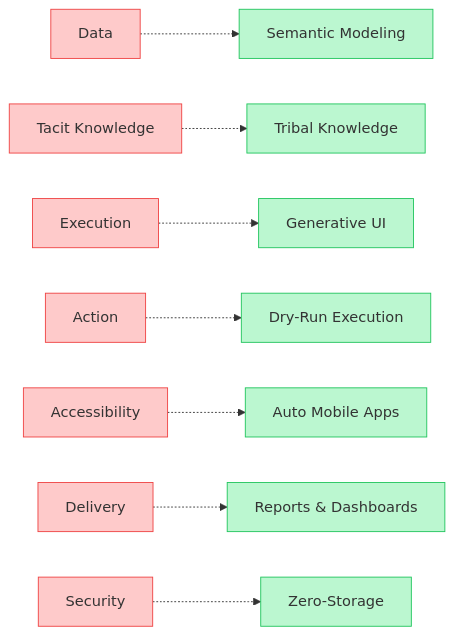
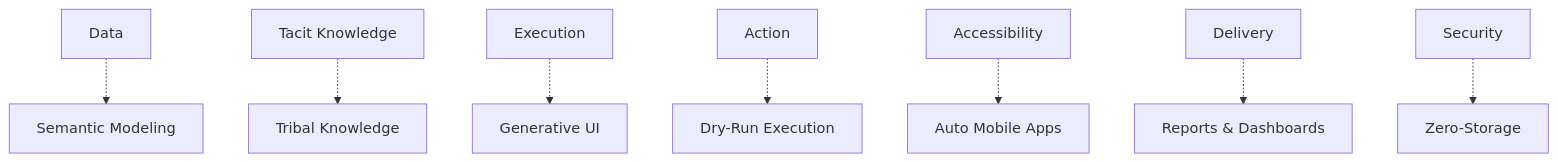
One commit to ashishsuperatom/tech-docs changed the ninth of 9 diagrams in introduction/problems.mdx. Above: the diagram before and after it, drawn with Mermaid. The commit also changed other lines of this file and 37 other files, not shown here.

First line of the commit message:
Clean up docs: remove em-dashes, fix mermaid diagrams, remove emojis

````diff
--- a/introduction/problems.mdx
+++ b/introduction/problems.mdx
@@ -402,25 +379,11 @@
 ```mermaid
-flowchart LR
+flowchart TD
     P1[Data] -.-> S1[Semantic Modeling]
     P2[Tacit Knowledge] -.-> S2[Tribal Knowledge]
     P3[Execution] -.-> S3[Generative UI]
     P4[Action] -.-> S4[Dry-Run Execution]
     P5[Accessibility] -.-> S5[Auto Mobile Apps]
     P6[Delivery] -.-> S6[Reports & Dashboards]
     P7[Security] -.-> S7[Zero-Storage]
 
-    style P1 fill:#fecaca,stroke:#ef4444
-    style P2 fill:#fecaca,stroke:#ef4444
-    style P3 fill:#fecaca,stroke:#ef4444
-    style P4 fill:#fecaca,stroke:#ef4444
-    style P5 fill:#fecaca,stroke:#ef4444
-    style P6 fill:#fecaca,stroke:#ef4444
-    style P7 fill:#fecaca,stroke:#ef4444
-    style S1 fill:#bbf7d0,stroke:#22c55e
-    style S2 fill:#bbf7d0,stroke:#22c55e
-    style S3 fill:#bbf7d0,stroke:#22c55e
-    style S4 fill:#bbf7d0,stroke:#22c55e
-    style S5 fill:#bbf7d0,stroke:#22c55e
-    style S6 fill:#bbf7d0,stroke:#22c55e
-    style S7 fill:#bbf7d0,stroke:#22c55e
 ```
````
